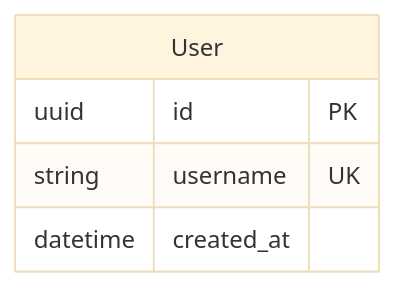
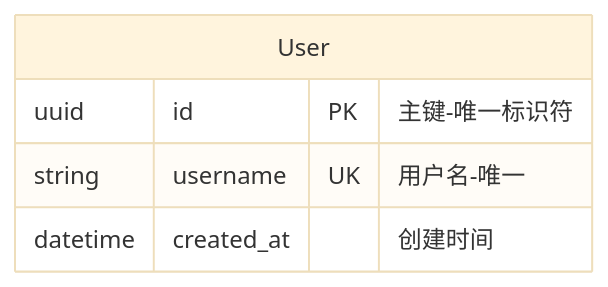
Before and after one commit to x007007007/er-generate-model: the diagram in examples/blog_v1.mmd, drawn with Mermaid (base theme). The commit also changed 30 other files, not shown here.

```diff
--- a/examples/blog_v1.mmd
+++ b/examples/blog_v1.mmd
@@ -1,6 +1,6 @@
 erDiagram
     User {
-        uuid id PK
-        string username UK
-        datetime created_at
+        uuid id PK "主键-唯一标识符"
+        string username UK "用户名-唯一"
+        datetime created_at "创建时间"
     }
```
